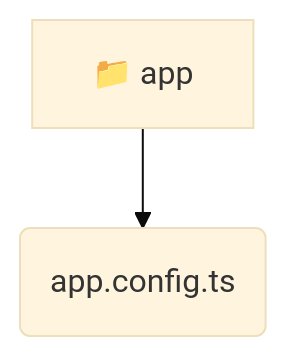
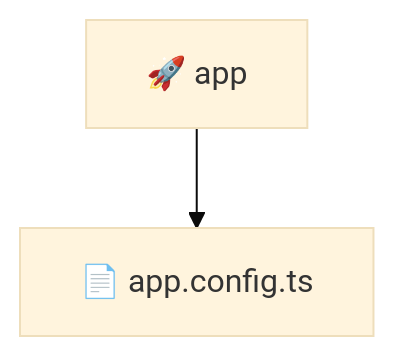
The diagram in frontend/src/app/README.md (beginwebdev2002/fullstack-mavluda), drawn with Mermaid (base theme) before and after one commit. The commit also changed other lines of this file and 163 other files, not shown here.

````diff
--- a/frontend/src/app/README.md
+++ b/frontend/src/app/README.md
@@ -11,5 +10,5 @@
 ```mermaid
 graph TD
-  app[📁 app]
-  app --> app_app_config_ts(app.config.ts)
+  Root["🚀 app"]
+  Root --> appconfigts["📄 app.config.ts"]
 ```
````
